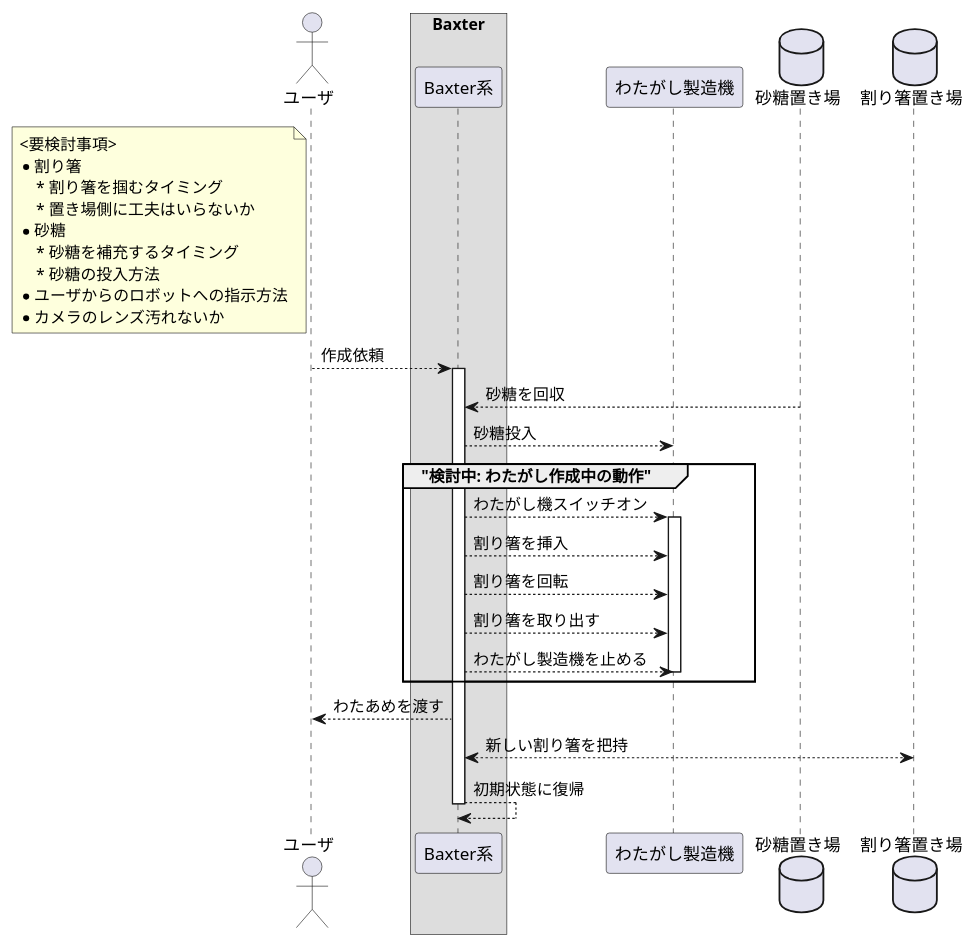
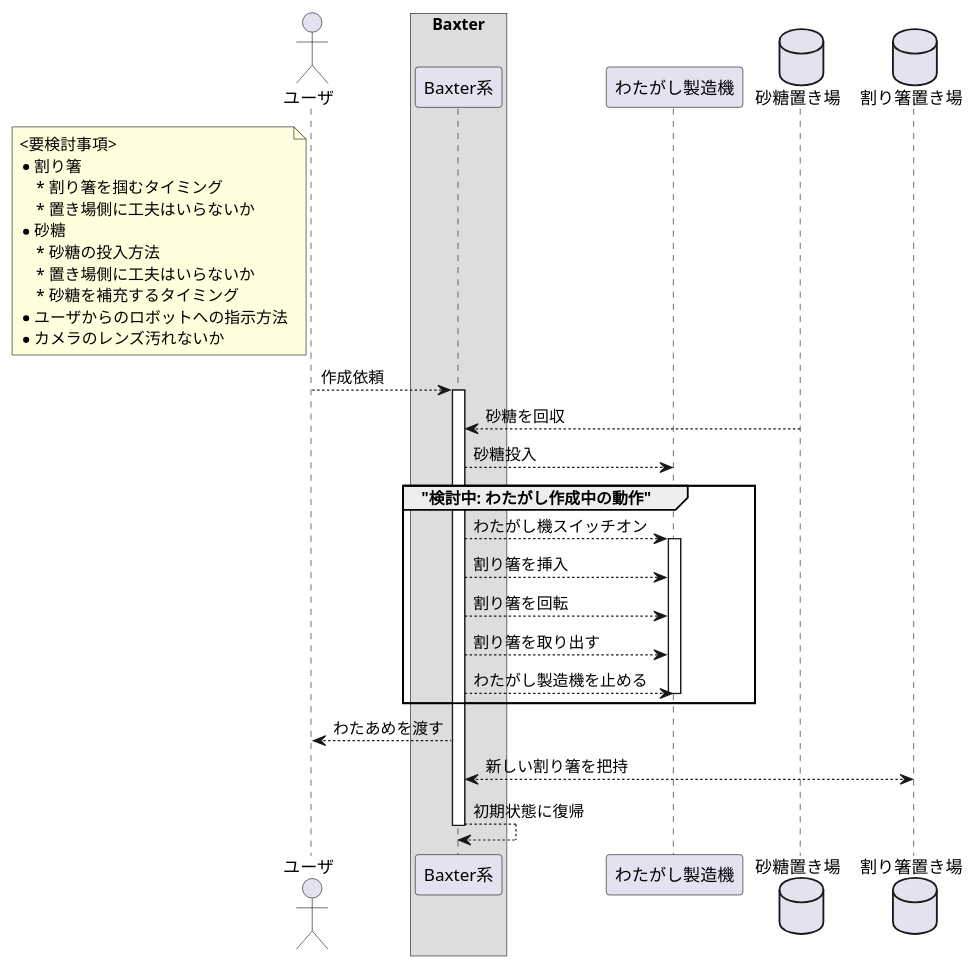
The diagram in doc/puml/manufacture_sequence.puml (p-robobu/candy_floss_pkg_old), drawn with PlantUML before and after one commit.

Commit message:
検討事項追加

```diff
--- a/doc/puml/manufacture_sequence.puml
+++ b/doc/puml/manufacture_sequence.puml
@@ -1,46 +1,47 @@
 @startuml
 
 actor "ユーザ" as user
 box "Baxter"
 participant "Baxter系" as bax
 ' entity "左腕" as bax_L
 ' entity "右腕" as bax_R
 end box
 participant "わたがし製造機" as machine
 database "砂糖置き場" as suger
 database "割り箸置き場" as wari
 
 ' note over user, wari
 note left user
     <要検討事項>
     * 割り箸
         * 割り箸を掴むタイミング
         * 置き場側に工夫はいらないか
     * 砂糖
+        * 砂糖の投入方法
+        * 置き場側に工夫はいらないか
         * 砂糖を補充するタイミング
-        * 砂糖の投入方法
     * ユーザからのロボットへの指示方法
     * カメラのレンズ汚れないか
 end note
 
 user --> bax : 作成依頼
 activate bax
 suger --> bax : 砂糖を回収
 bax --> machine : 砂糖投入
 
 group "検討中: わたがし作成中の動作"
 bax --> machine : わたがし機スイッチオン
 activate machine
 bax --> machine : 割り箸を挿入
 bax --> machine : 割り箸を回転
 bax --> machine : 割り箸を取り出す
 bax --> machine : わたがし製造機を止める
 deactivate machine
 end
 
 bax --> user : わたあめを渡す
 bax <--> wari : 新しい割り箸を把持
 bax --> bax : 初期状態に復帰
 deactivate bax
 
 @enduml
```
